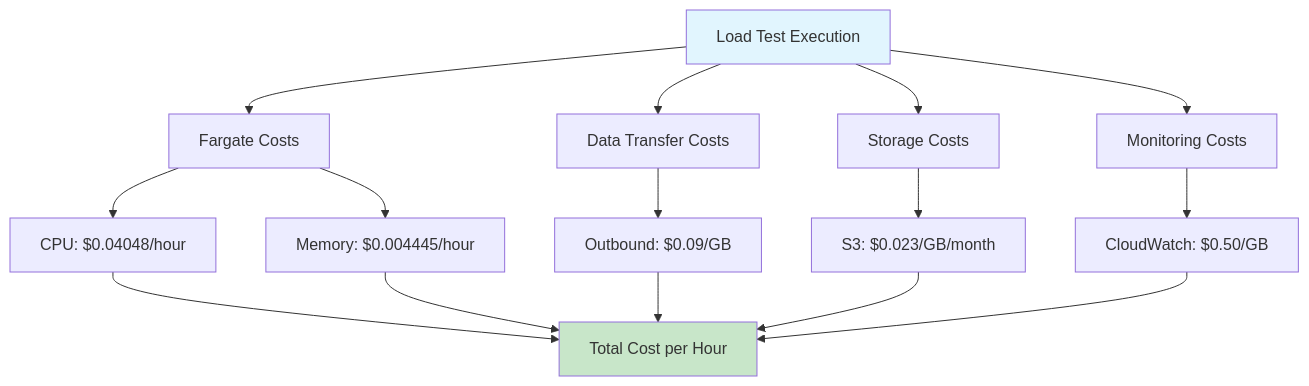
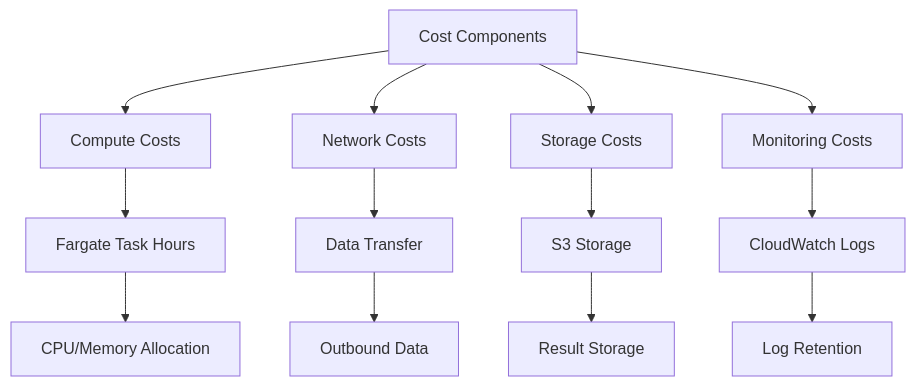
Diagram 11 of 11 in testing-projects/iploads-with-k6-container/SOLUTION_ARCHITECTURE.md (stprojects3006/aflow-app), drawn with Mermaid before and after one commit. The commit also changed other lines of this file and 39 other files, not shown here.

````diff
--- a/testing-projects/iploads-with-k6-container/SOLUTION_ARCHITECTURE.md
+++ b/testing-projects/iploads-with-k6-container/SOLUTION_ARCHITECTURE.md
@@ -599,22 +764,17 @@
 ```mermaid
 flowchart TD
-    A[Load Test Execution] --> B[Fargate Costs]
-    A --> C[Data Transfer Costs]
+    A[Cost Components] --> B[Compute Costs]
+    A --> C[Network Costs]
     A --> D[Storage Costs]
     A --> E[Monitoring Costs]
     
-    B --> F[CPU: $0.04048/hour]
-    B --> G[Memory: $0.004445/hour]
-    C --> H[Outbound: $0.09/GB]
-    D --> I[S3: $0.023/GB/month]
-    E --> J[CloudWatch: $0.50/GB]
+    B --> F[Fargate Task Hours]
+    C --> G[Data Transfer]
+    D --> H[S3 Storage]
+    E --> I[CloudWatch Logs]
     
-    F --> K[Total Cost per Hour]
-    G --> K
-    H --> K
-    I --> K
-    J --> K
-    
-    style A fill:#e1f5fe
-    style K fill:#c8e6c9
+    F --> J[CPU/Memory Allocation]
+    G --> K[Outbound Data]
+    H --> L[Result Storage]
+    I --> M[Log Retention]
 ```
````
